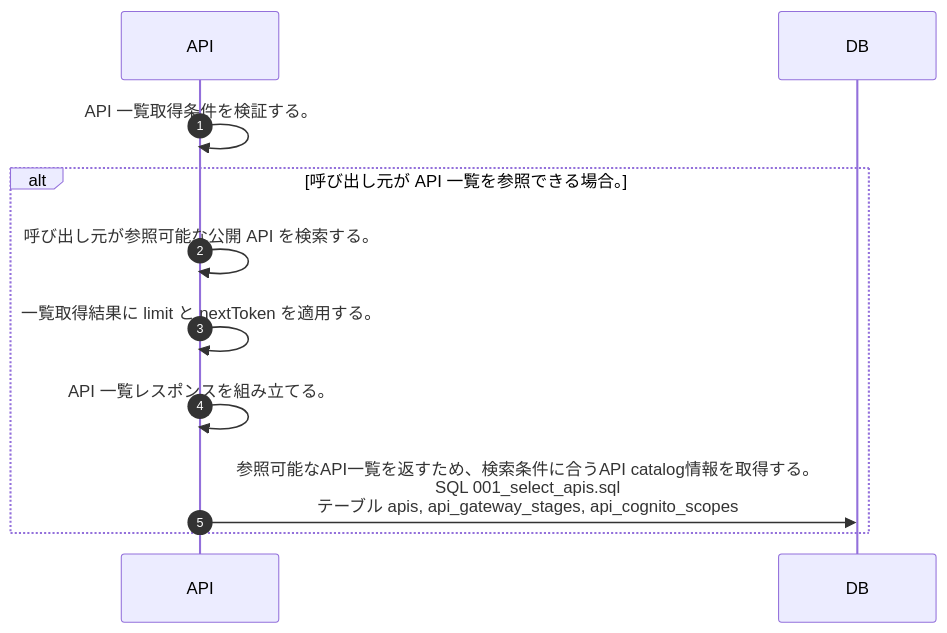
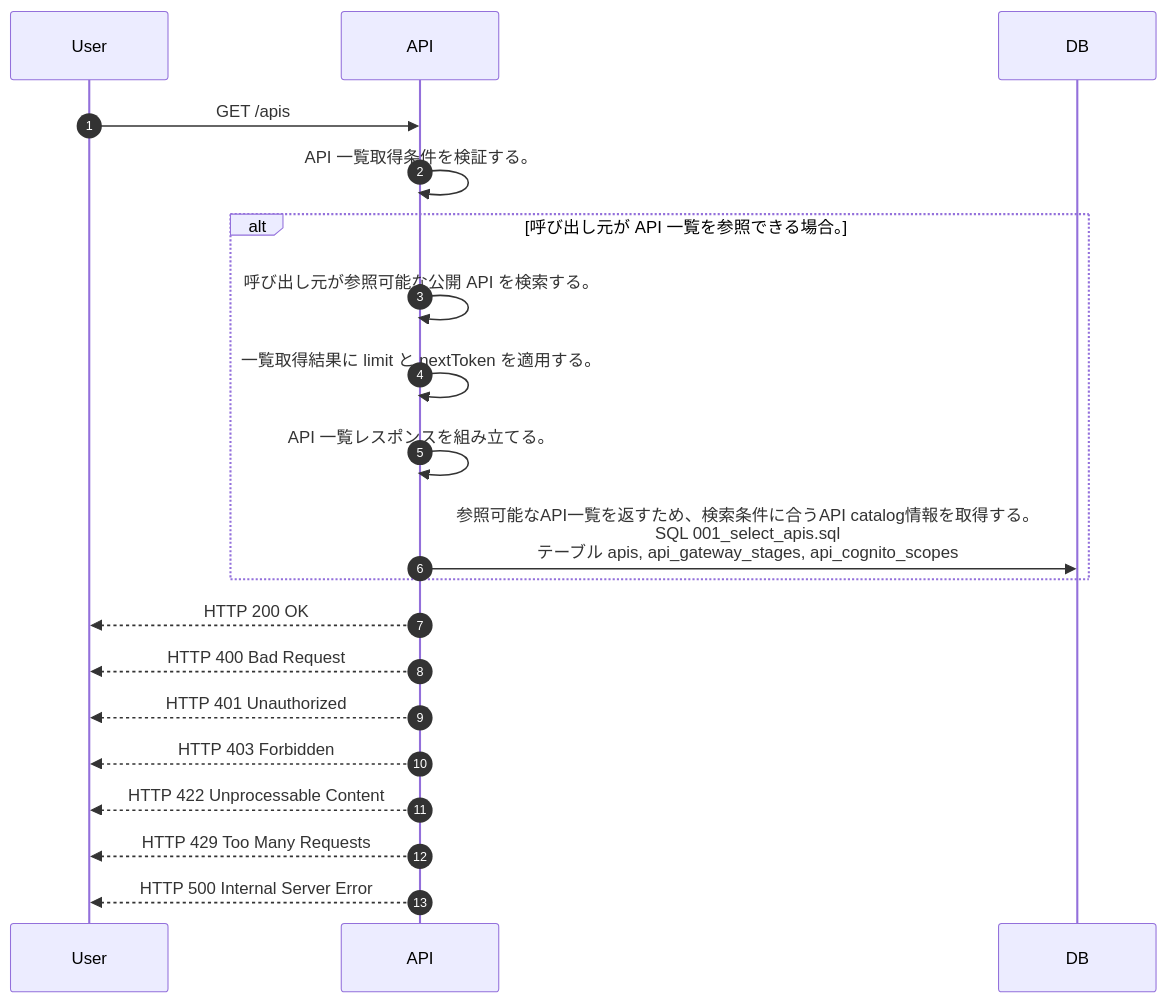
One commit to tsuji-tomonori/lazunex changed the diagram in docs/spec/40.apis/apis/list_apis/sequence_gen.md. Above: the diagram before and after it, drawn with Mermaid. The commit also changed 21 other files, not shown here.

Commit message:
✨ feat(sequence): HTTP status を sequence 生成に反映

````diff
--- a/docs/spec/40.apis/apis/list_apis/sequence_gen.md
+++ b/docs/spec/40.apis/apis/list_apis/sequence_gen.md
@@ -5,13 +5,22 @@
 ```mermaid
 sequenceDiagram
   autonumber
+  participant User as User
   participant API as API
   participant DB as DB
+  User->>API: GET /apis
   API->>API: API 一覧取得条件を検証する。
   alt 呼び出し元が API 一覧を参照できる場合。
     API->>API: 呼び出し元が参照可能な公開 API を検索する。
     API->>API: 一覧取得結果に limit と nextToken を適用する。
     API->>API: API 一覧レスポンスを組み立てる。
     API->>DB: 参照可能なAPI一覧を返すため、検索条件に合うAPI catalog情報を取得する。<br/>SQL 001_select_apis.sql<br/>テーブル apis, api_gateway_stages, api_cognito_scopes
   end
+  API-->>User: HTTP 200 OK
+  API-->>User: HTTP 400 Bad Request
+  API-->>User: HTTP 401 Unauthorized
+  API-->>User: HTTP 403 Forbidden
+  API-->>User: HTTP 422 Unprocessable Content
+  API-->>User: HTTP 429 Too Many Requests
+  API-->>User: HTTP 500 Internal Server Error
 ```
````
